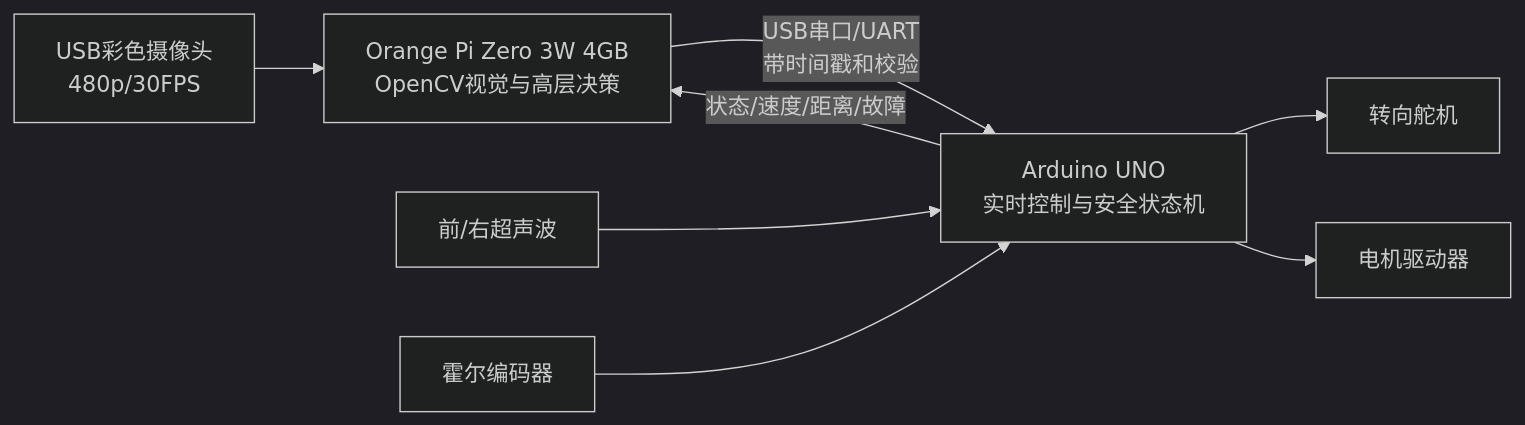
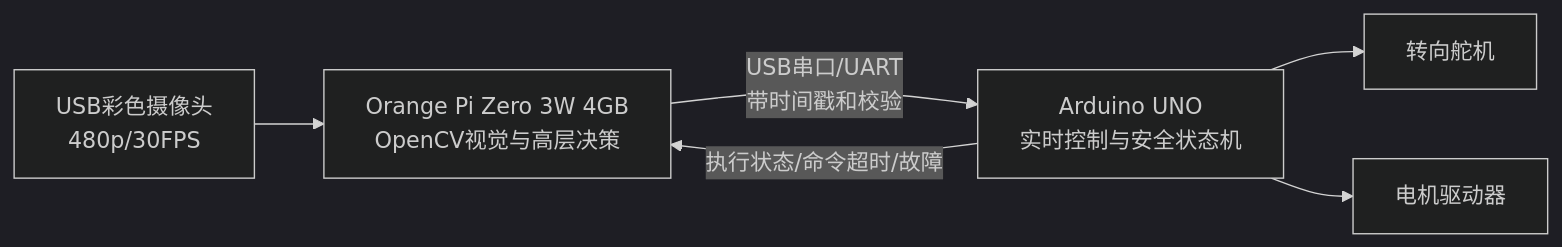
The diagram in other其他/processor-orange-pi.md (chinaxueyuannew/wro2026-nanjingBSSN), drawn with Mermaid (dark theme) before and after one commit. The commit also changed other lines of this file and 20 other files, not shown here.

````diff
--- a/other其他/processor-orange-pi.md
+++ b/other其他/processor-orange-pi.md
@@ -33,10 +37,8 @@
 ```mermaid
 flowchart LR
   CAM[USB彩色摄像头\n480p/30FPS] --> OPI[Orange Pi Zero 3W 4GB\nOpenCV视觉与高层决策]
   OPI -->|USB串口/UART\n带时间戳和校验| MCU[Arduino UNO\n实时控制与安全状态机]
-  US[前/右超声波] --> MCU
-  ENC[霍尔编码器] --> MCU
   MCU --> SERVO[转向舵机]
   MCU --> DRIVER[电机驱动器]
-  MCU -->|状态/速度/距离/故障| OPI
+  MCU -->|执行状态/命令超时/故障| OPI
 ```
````
